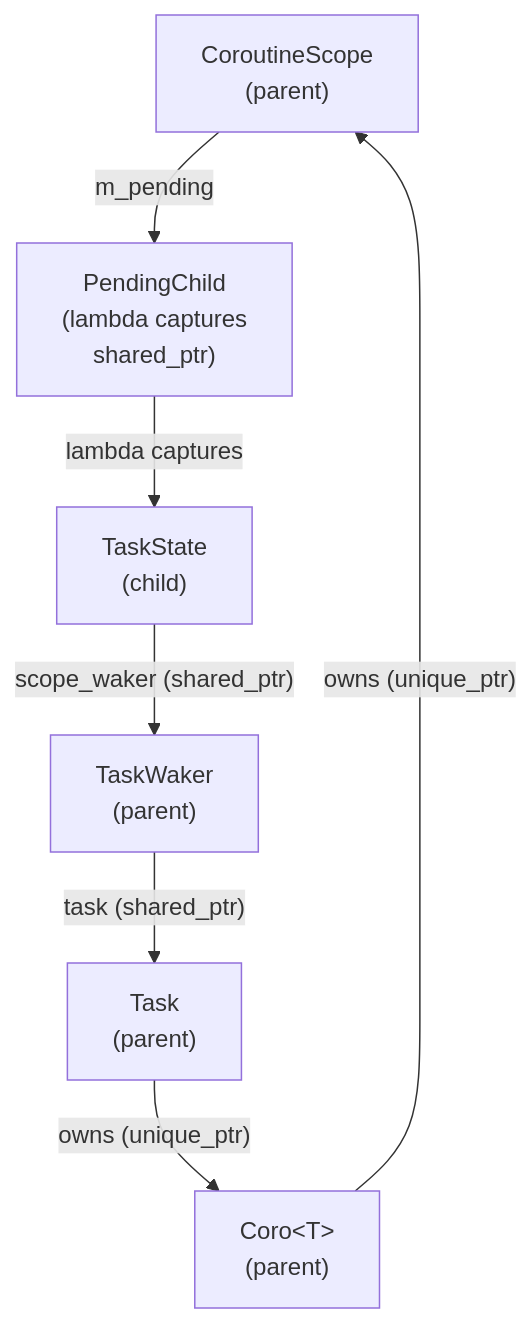
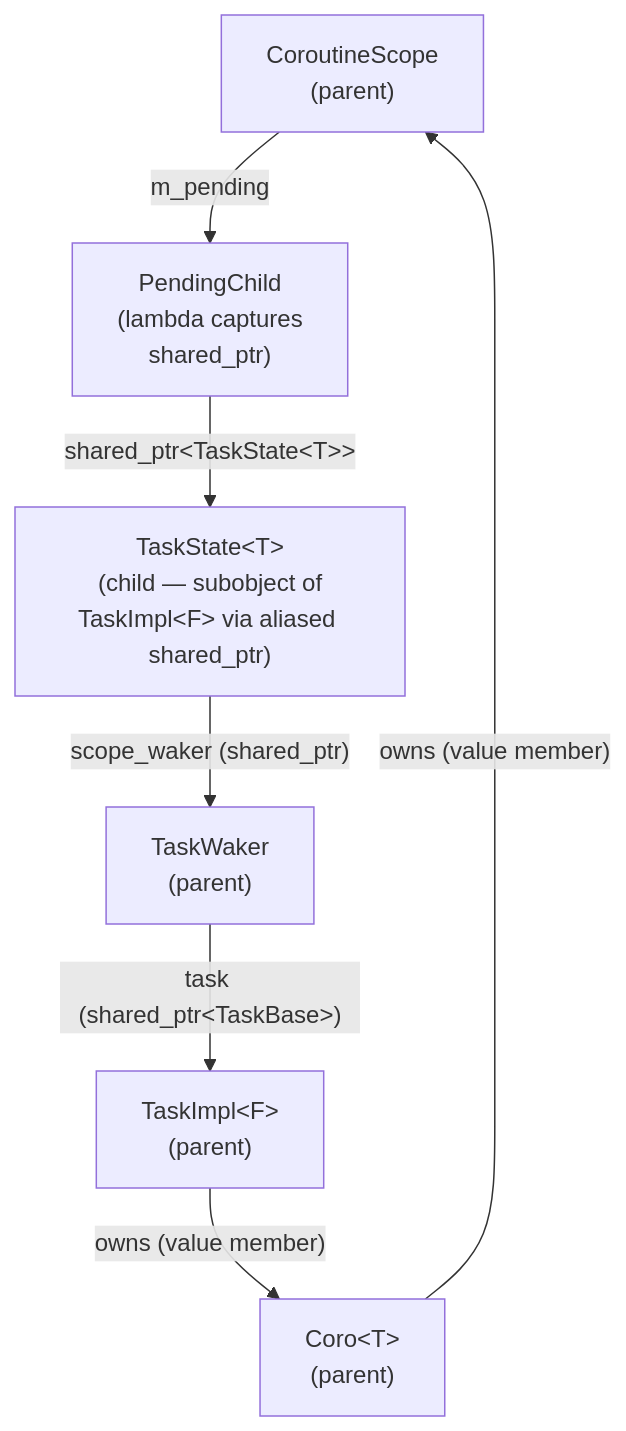
Before and after one commit to bts164/coro: the third of 4 diagrams in doc/shared_ptr_cycles.md, drawn with Mermaid. The commit also changed other lines of this file and 24 other files, not shown here.

````diff
--- a/doc/shared_ptr_cycles.md
+++ b/doc/shared_ptr_cycles.md
@@ -170,16 +181,16 @@
 ```mermaid
 graph TD
     Scope["CoroutineScope\n(parent)"]
     PC["PendingChild\n(lambda captures\nshared_ptr)"]
-    TSC["TaskState\n(child)"]
+    TSC["TaskState&lt;T&gt;\n(child — subobject of\nTaskImpl&lt;F&gt; via aliased shared_ptr)"]
     TW["TaskWaker\n(parent)"]
-    TP["Task\n(parent)"]
+    TP["TaskImpl&lt;F&gt;\n(parent)"]
     Coro["Coro&lt;T&gt;\n(parent)"]
 
     Scope -->|"m_pending"| PC
-    PC -->|"lambda captures"| TSC
+    PC -->|"shared_ptr&lt;TaskState&lt;T&gt;&gt;"| TSC
     TSC -->|"scope_waker (shared_ptr)"| TW
-    TW -->|"task (shared_ptr)"| TP
-    TP -->|"owns (unique_ptr)"| Coro
-    Coro -->|"owns (unique_ptr)"| Scope
+    TW -->|"task (shared_ptr&lt;TaskBase&gt;)"| TP
+    TP -->|"owns (value member)"| Coro
+    Coro -->|"owns (value member)"| Scope
 ```
````
